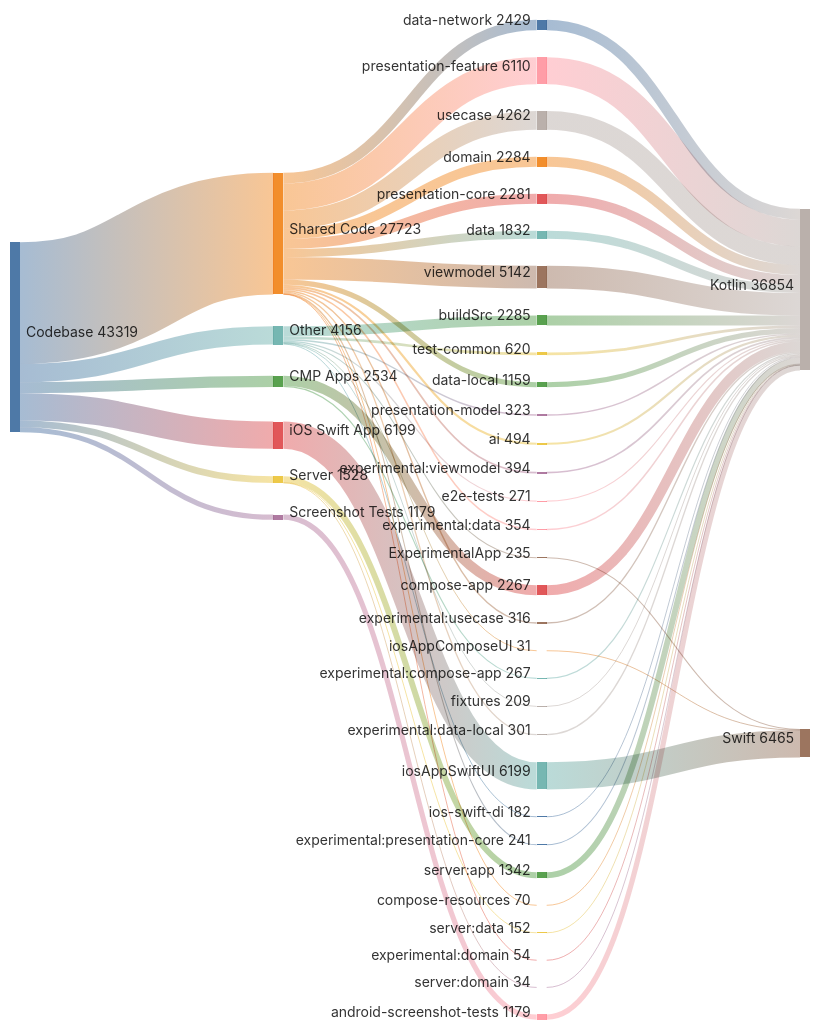
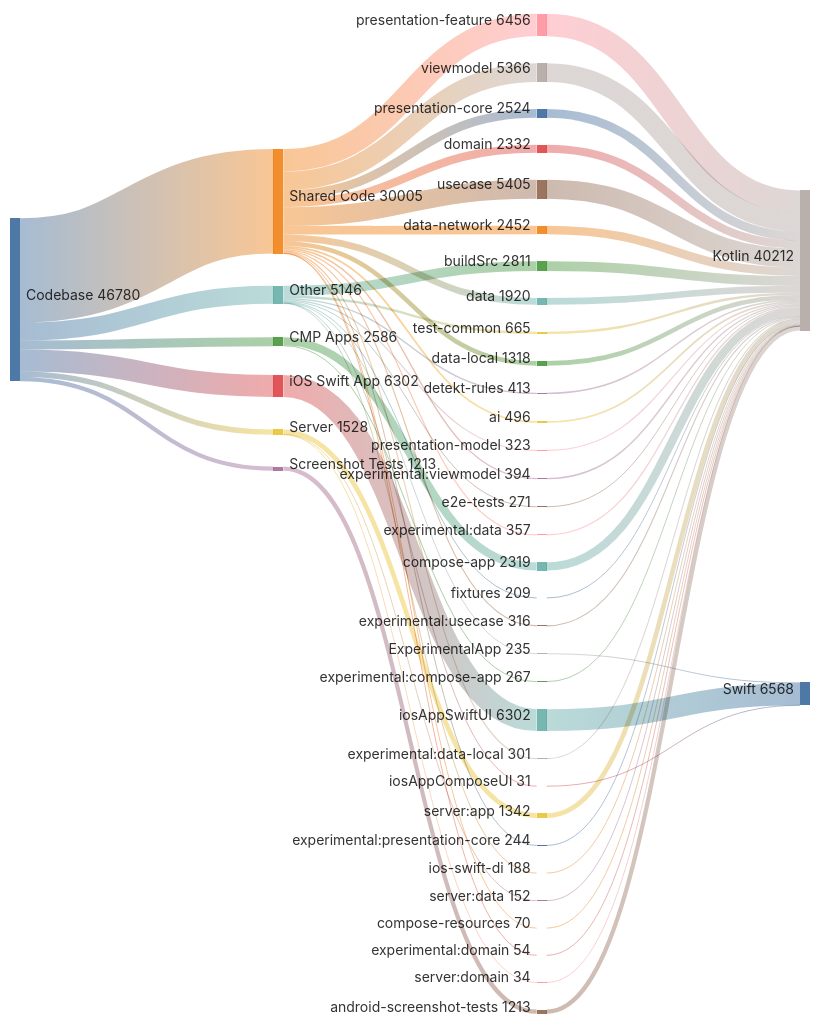
The diagram in docs/diagrams/code_distribution.mmd (cartland/battery-butler), drawn with Mermaid before and after one commit. The commit also changed 6 other files, not shown here.

Commit message:
docs(generated): Regenerate architecture diagrams and analysis

```diff
--- a/docs/diagrams/code_distribution.mmd
+++ b/docs/diagrams/code_distribution.mmd
@@ -1,87 +1,89 @@
 ---
 config:
   sankey:
     showValues: true
     width: 800
     height: 1000
     nodeAlignment: justify
     linkColor: gradient
 ---
 %% GENERATED FILE - DO NOT EDIT
 sankey-beta
 
-Codebase,Shared Code,27723
-Codebase,iOS Swift App,6199
-Codebase,Other,4156
-Codebase,CMP Apps,2534
+Codebase,Shared Code,30005
+Codebase,iOS Swift App,6302
+Codebase,Other,5146
+Codebase,CMP Apps,2586
 Codebase,Server,1528
-Codebase,Screenshot Tests,1179
+Codebase,Screenshot Tests,1213
 
-Shared Code,presentation-feature,6110
-Shared Code,viewmodel,5142
-Shared Code,usecase,4262
-Shared Code,data-network,2429
-Shared Code,domain,2284
-Shared Code,presentation-core,2281
-Shared Code,data,1832
-Shared Code,data-local,1159
-Shared Code,ai,494
+Shared Code,presentation-feature,6456
+Shared Code,usecase,5405
+Shared Code,viewmodel,5366
+Shared Code,presentation-core,2524
+Shared Code,data-network,2452
+Shared Code,domain,2332
+Shared Code,data,1920
+Shared Code,data-local,1318
+Shared Code,ai,496
 Shared Code,experimental:viewmodel,394
-Shared Code,experimental:data,354
+Shared Code,experimental:data,357
 Shared Code,experimental:usecase,316
 Shared Code,experimental:data-local,301
-Shared Code,experimental:presentation-core,241
+Shared Code,experimental:presentation-core,244
 Shared Code,compose-resources,70
 Shared Code,experimental:domain,54
 
-iOS Swift App,iosAppSwiftUI,6199
+iOS Swift App,iosAppSwiftUI,6302
 
-Other,buildSrc,2285
-Other,test-common,620
+Other,buildSrc,2811
+Other,test-common,665
+Other,detekt-rules,413
 Other,presentation-model,323
 Other,e2e-tests,271
 Other,ExperimentalApp,235
 Other,fixtures,209
-Other,ios-swift-di,182
+Other,ios-swift-di,188
 Other,iosAppComposeUI,31
 
-CMP Apps,compose-app,2267
+CMP Apps,compose-app,2319
 CMP Apps,experimental:compose-app,267
 
 Server,server:app,1342
 Server,server:data,152
 Server,server:domain,34
 
-Screenshot Tests,android-screenshot-tests,1179
+Screenshot Tests,android-screenshot-tests,1213
 
-iosAppSwiftUI,Swift,6199
-presentation-feature,Kotlin,6110
-viewmodel,Kotlin,5142
-usecase,Kotlin,4262
-data-network,Kotlin,2429
-buildSrc,Kotlin,2285
-domain,Kotlin,2284
-presentation-core,Kotlin,2281
-compose-app,Kotlin,2267
-data,Kotlin,1832
+presentation-feature,Kotlin,6456
+iosAppSwiftUI,Swift,6302
+usecase,Kotlin,5405
+viewmodel,Kotlin,5366
+buildSrc,Kotlin,2811
+presentation-core,Kotlin,2524
+data-network,Kotlin,2452
+domain,Kotlin,2332
+compose-app,Kotlin,2319
+data,Kotlin,1920
 server:app,Kotlin,1342
-android-screenshot-tests,Kotlin,1179
-data-local,Kotlin,1159
-test-common,Kotlin,620
-ai,Kotlin,494
+data-local,Kotlin,1318
+android-screenshot-tests,Kotlin,1213
+test-common,Kotlin,665
+ai,Kotlin,496
+detekt-rules,Kotlin,413
 experimental:viewmodel,Kotlin,394
-experimental:data,Kotlin,354
+experimental:data,Kotlin,357
 presentation-model,Kotlin,323
 experimental:usecase,Kotlin,316
 experimental:data-local,Kotlin,301
 e2e-tests,Kotlin,271
 experimental:compose-app,Kotlin,267
-experimental:presentation-core,Kotlin,241
+experimental:presentation-core,Kotlin,244
 ExperimentalApp,Swift,235
 fixtures,Kotlin,209
-ios-swift-di,Kotlin,182
+ios-swift-di,Kotlin,188
 server:data,Kotlin,152
 compose-resources,Kotlin,70
 experimental:domain,Kotlin,54
 server:domain,Kotlin,34
 iosAppComposeUI,Swift,31
```
